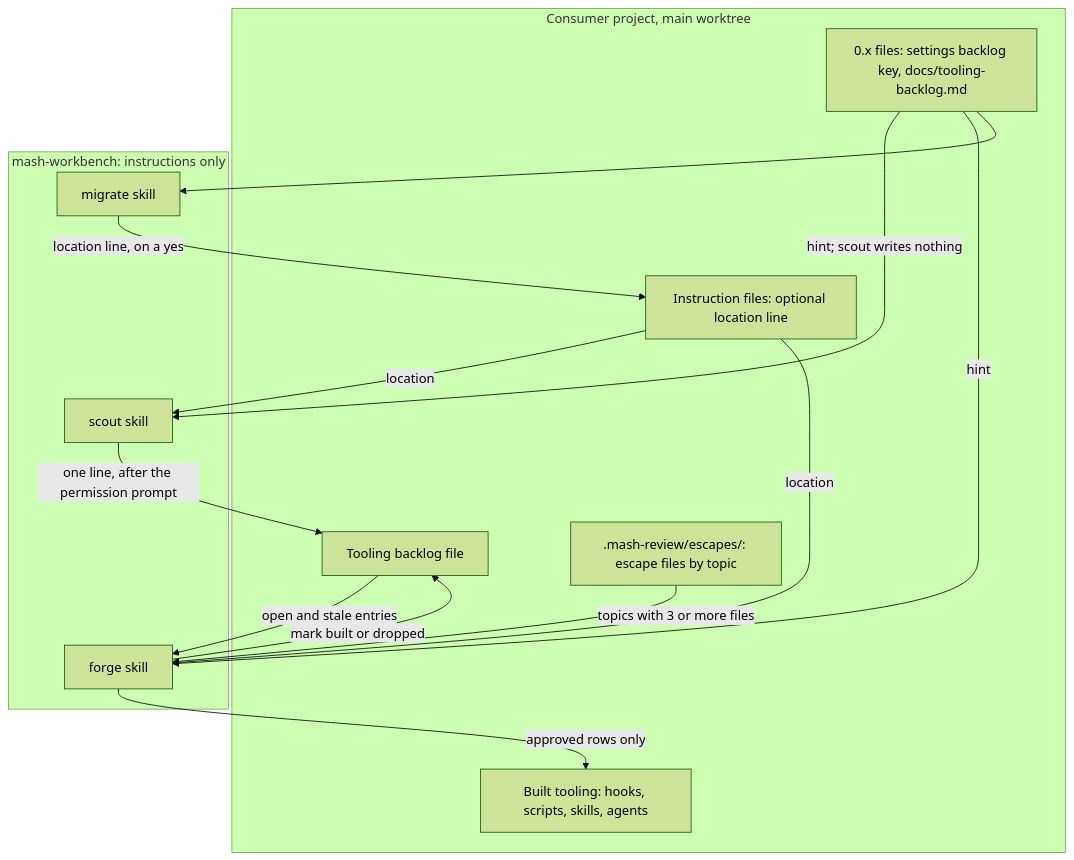
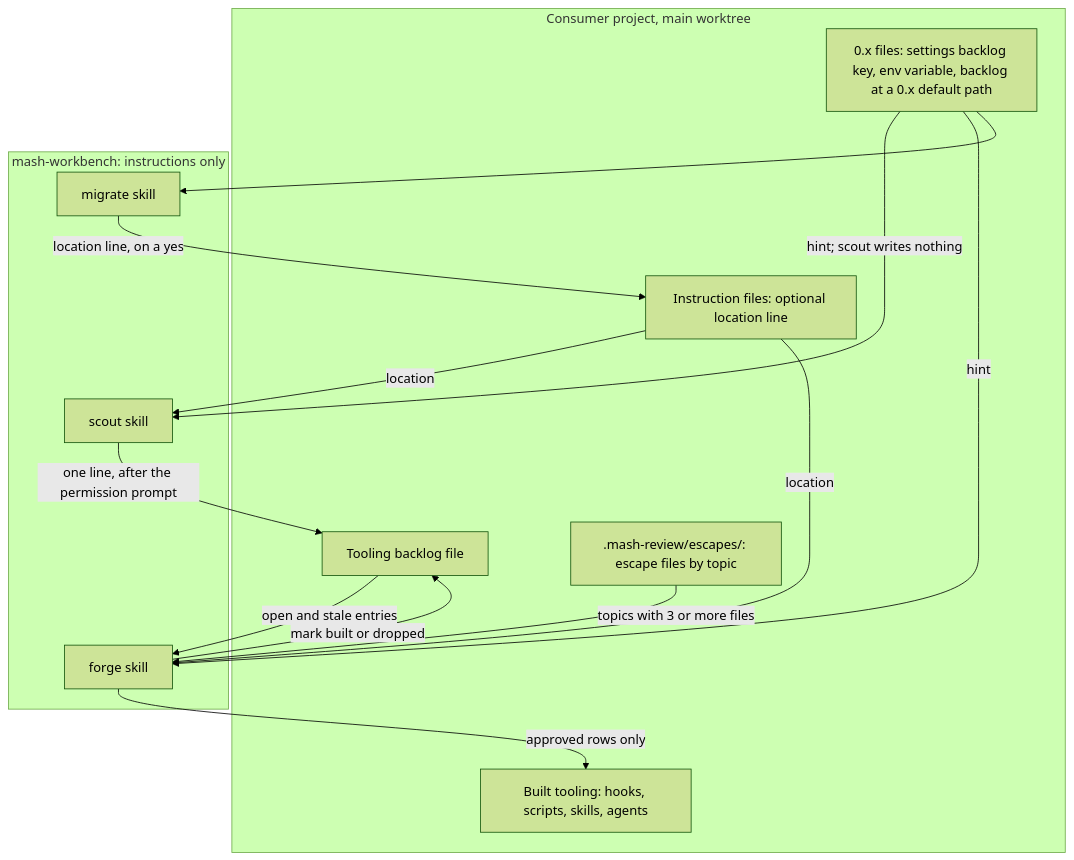
One commit to svelasquezr/mash-workbench-marketplace changed the first of 3 diagrams in docs/specs/mash-workbench.md. Above: the diagram before and after it, drawn with Mermaid (forest theme). The commit also changed other lines of this file and 19 other files, not shown here.

First line of the commit message:
feat(mash-workbench): default the backlog to .mash-workbench/ in the main worktree

````diff
--- a/docs/specs/mash-workbench.md
+++ b/docs/specs/mash-workbench.md
@@ -49,28 +49,28 @@
 ```mermaid
 flowchart TB
   subgraph project["Consumer project, main worktree"]
     instr["Instruction files: optional location line"]
     backlog["Tooling backlog file"]
     escapes[".mash-review/escapes/: escape files by topic"]
     built["Built tooling: hooks, scripts, skills, agents"]
-    old0["0.x files: settings backlog key, docs/tooling-backlog.md"]
+    old0["0.x files: settings backlog key, env variable, backlog at a 0.x default path"]
   end
 
   subgraph plugin["mash-workbench: instructions only"]
     scout["scout skill"]
     forge["forge skill"]
     migrate["migrate skill"]
   end
 
   instr -->|location| scout
   instr -->|location| forge
   scout -->|"one line, after the permission prompt"| backlog
   backlog -->|"open and stale entries"| forge
   escapes -->|"topics with 3 or more files"| forge
   forge -->|"approved rows only"| built
   forge -->|"mark built or dropped"| backlog
   old0 -->|"hint; scout writes nothing"| scout
   old0 -->|hint| forge
   old0 --> migrate
   migrate -->|"location line, on a yes"| instr
 ```
````
